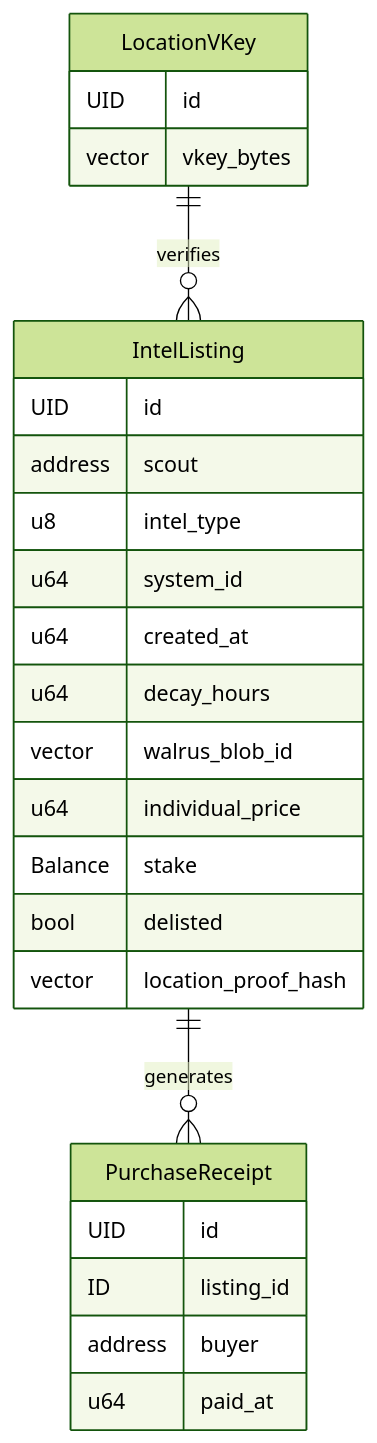
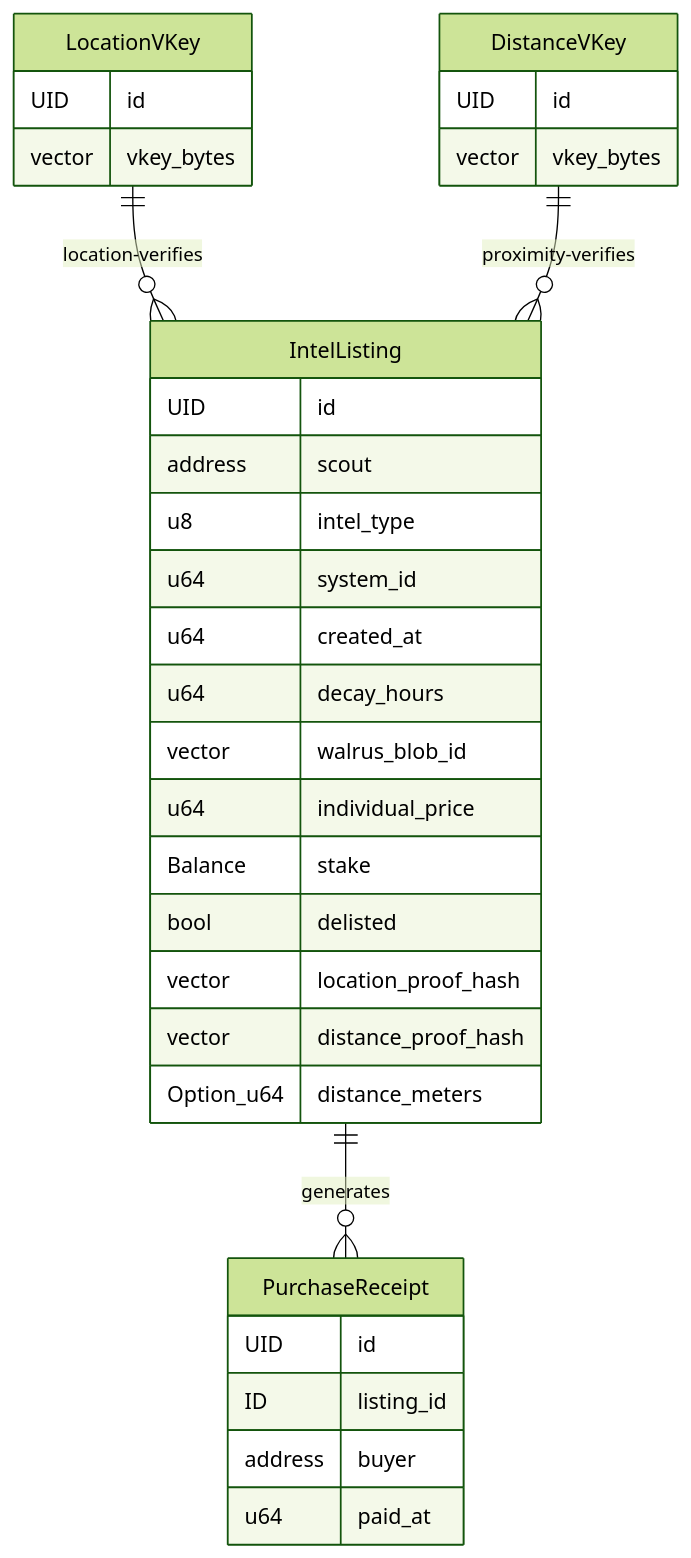
The diagram in docs/ARCHITECTURE.md (bozbuilds/The_RiftBroker), drawn with Mermaid (forest theme) before and after one commit. The commit also changed other lines of this file and 2 other files, not shown here.

````diff
--- a/docs/ARCHITECTURE.md
+++ b/docs/ARCHITECTURE.md
@@ -119,31 +154,39 @@
 ```mermaid
 erDiagram
     LocationVKey {
+        UID id
+        vector vkey_bytes
+    }
+
+    DistanceVKey {
         UID id
         vector vkey_bytes
     }
 
     IntelListing {
         UID id
         address scout
         u8 intel_type
         u64 system_id
         u64 created_at
         u64 decay_hours
         vector walrus_blob_id
         u64 individual_price
         Balance stake
         bool delisted
         vector location_proof_hash
+        vector distance_proof_hash
+        Option_u64 distance_meters
     }
 
     PurchaseReceipt {
         UID id
         ID listing_id
         address buyer
         u64 paid_at
     }
 
-    LocationVKey ||--o{ IntelListing : "verifies"
+    LocationVKey ||--o{ IntelListing : "location-verifies"
+    DistanceVKey ||--o{ IntelListing : "proximity-verifies"
     IntelListing ||--o{ PurchaseReceipt : "generates"
 ```
````
